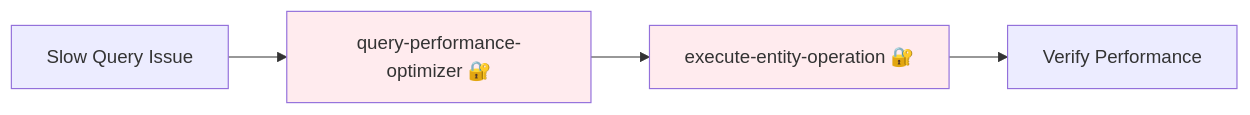
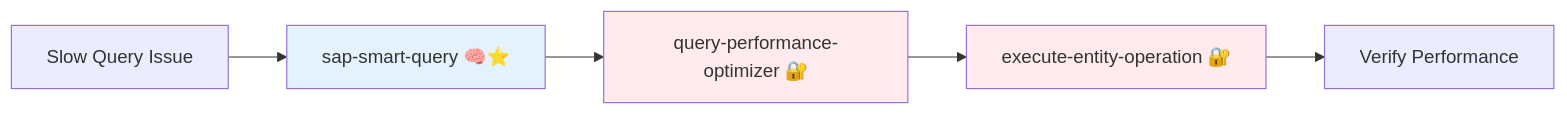
Before and after one commit to Raistlin82/btp-sap-odata-to-mcp-server-optimized: the sixth of 10 diagrams in config/workflow-guide.md, drawn with Mermaid. The commit also changed other lines of this file and 22 other files, not shown here.

````diff
--- a/config/workflow-guide.md
+++ b/config/workflow-guide.md
@@ -119,9 +150,11 @@
 ```mermaid
 graph LR
-    A[Slow Query Issue] --> B[query-performance-optimizer 🔐]
-    B --> C[execute-entity-operation 🔐]
-    C --> D[Verify Performance]
+    A[Slow Query Issue] --> B[sap-smart-query 🧠⭐]
+    B --> C[query-performance-optimizer 🔐]
+    C --> D[execute-entity-operation 🔐]
+    D --> E[Verify Performance]
     
-    style B fill:#ffebee
+    style B fill:#e3f2fd
     style C fill:#ffebee
+    style D fill:#ffebee
 ```
````
